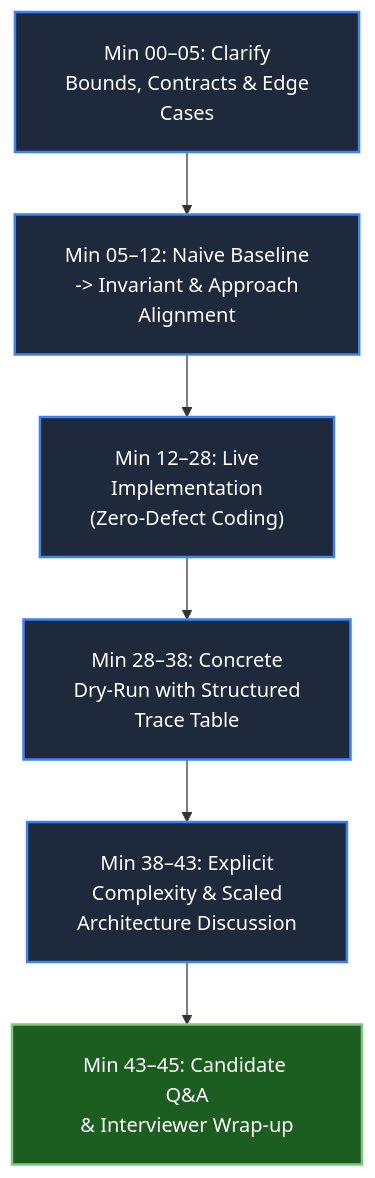
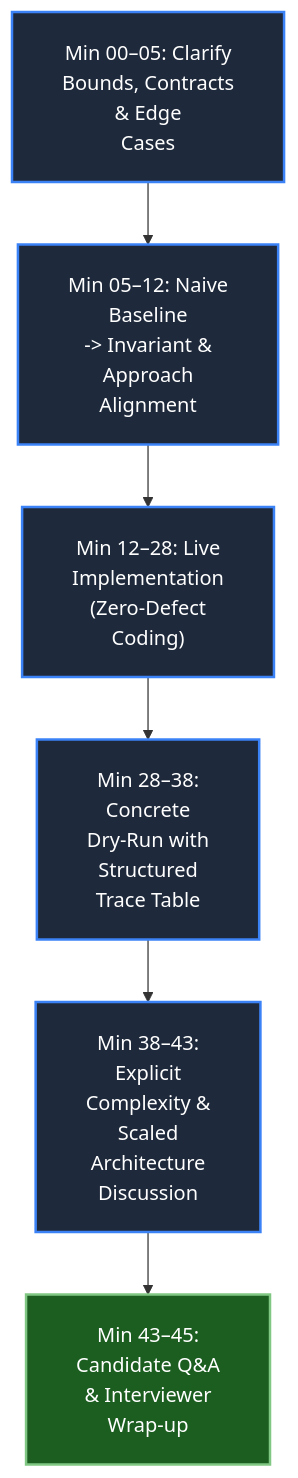
The second of 2 diagrams in learning_tracking/Mock_Interview_Log.md (dip4k/DSA_102), drawn with Mermaid before and after one commit. The commit also changed other lines of this file and 106 other files, not shown here.

First line of the commit message:
fix(mermaid): prevent text clipping with foreignObject overflow and tighter line wrapping

````diff
--- a/learning_tracking/Mock_Interview_Log.md
+++ b/learning_tracking/Mock_Interview_Log.md
@@ -42,15 +42,15 @@
 ```mermaid
-%%{init: {"flowchart": {"htmlLabels": true, "padding": 20}}}%%
+%%{init: {"flowchart": {"htmlLabels": true, "padding": 20}, "themeCSS": "foreignObject { overflow: visible !important; }"}}%%
 flowchart TD
     classDef phase fill:#1e293b,stroke:#3b82f6,stroke-width:2px,color:#ffffff
     classDef milestone fill:#1b5e20,stroke:#81c784,stroke-width:2px,color:#ffffff
 
-    M0["Min 00–05: Clarify<br/>Bounds, Contracts & Edge<br/>Cases"]:::phase
-    M1["Min 05–12: Naive Baseline<br/>-> Invariant & Approach<br/>Alignment"]:::phase
-    M2["Min 12–28: Live<br/>Implementation<br/>(Zero-Defect Coding)"]:::phase
-    M3["Min 28–38: Concrete<br/>Dry-Run with Structured<br/>Trace Table"]:::phase
-    M4["Min 38–43: Explicit<br/>Complexity & Scaled<br/>Architecture Discussion"]:::phase
-    M5["Min 43–45: Candidate Q&A<br/>& Interviewer Wrap-up"]:::milestone
+    M0["Min 00–05: Clarify<br/>Bounds, Contracts<br/>& Edge<br/>Cases"]:::phase
+    M1["Min 05–12: Naive<br/>Baseline<br/>-> Invariant &<br/>Approach<br/>Alignment"]:::phase
+    M2["Min 12–28: Live<br/>Implementation<br/>(Zero-Defect<br/>Coding)"]:::phase
+    M3["Min 28–38:<br/>Concrete<br/>Dry-Run with<br/>Structured<br/>Trace Table"]:::phase
+    M4["Min 38–43:<br/>Explicit<br/>Complexity &<br/>Scaled<br/>Architecture<br/>Discussion"]:::phase
+    M5["Min 43–45:<br/>Candidate Q&A<br/>& Interviewer<br/>Wrap-up"]:::milestone
 
     M0 --> M1 --> M2 --> M3 --> M4 --> M5
 ```
````
